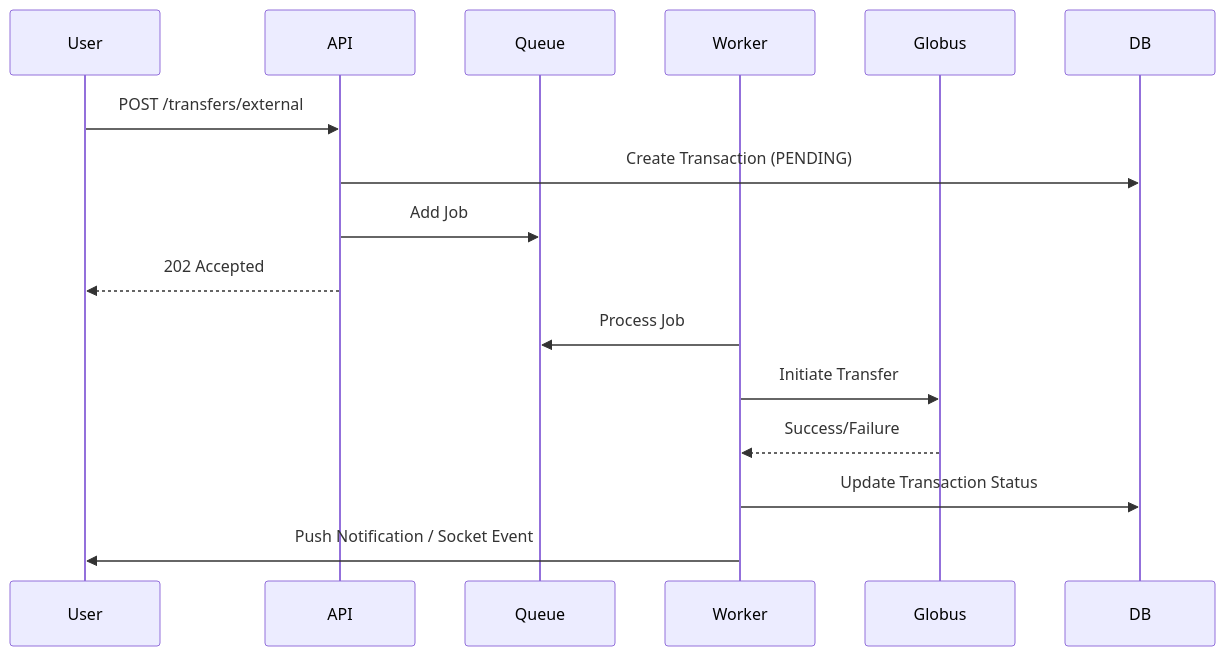
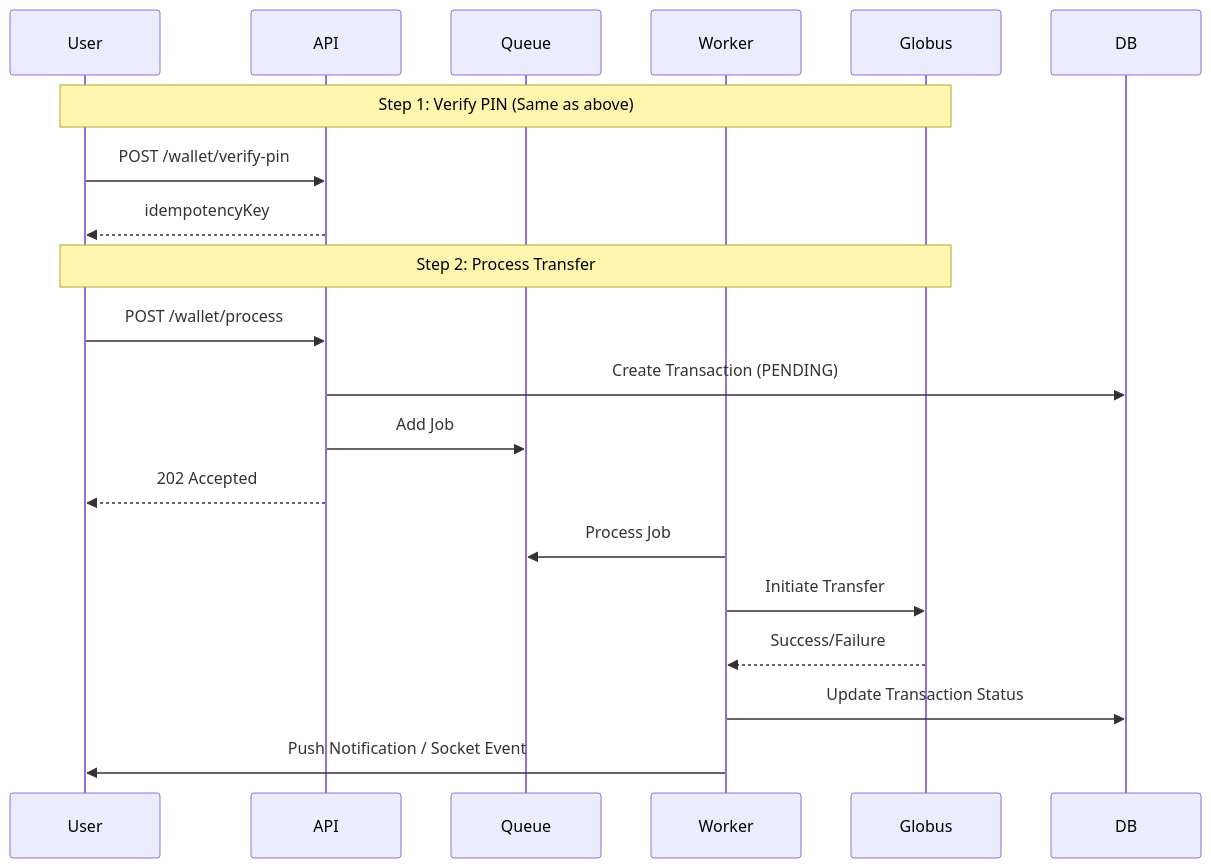
The second of 2 diagrams in docs/modules/wallet.md (codepraycode/swaplink-server), drawn with Mermaid before and after one commit. The commit also changed other lines of this file, not shown here.

Commit message:
feat: Introduce 2-step transfer flow with PIN verification, idempotency keys, and new API endpoints for PIN, beneficiaries, transactions, and an enhanced Globus webhook.

````diff
--- a/docs/modules/wallet.md
+++ b/docs/modules/wallet.md
@@ -52,19 +69,24 @@
 ```mermaid
 sequenceDiagram
     participant User
     participant API
     participant Queue
     participant Worker
     participant Globus
 
-    User->>API: POST /transfers/external
+    Note over User, Globus: Step 1: Verify PIN (Same as above)
+    User->>API: POST /wallet/verify-pin
+    API-->>User: idempotencyKey
+
+    Note over User, Globus: Step 2: Process Transfer
+    User->>API: POST /wallet/process
     API->>DB: Create Transaction (PENDING)
     API->>Queue: Add Job
     API-->>User: 202 Accepted
 
     Worker->>Queue: Process Job
     Worker->>Globus: Initiate Transfer
     Globus-->>Worker: Success/Failure
     Worker->>DB: Update Transaction Status
     Worker->>User: Push Notification / Socket Event
 ```
````
